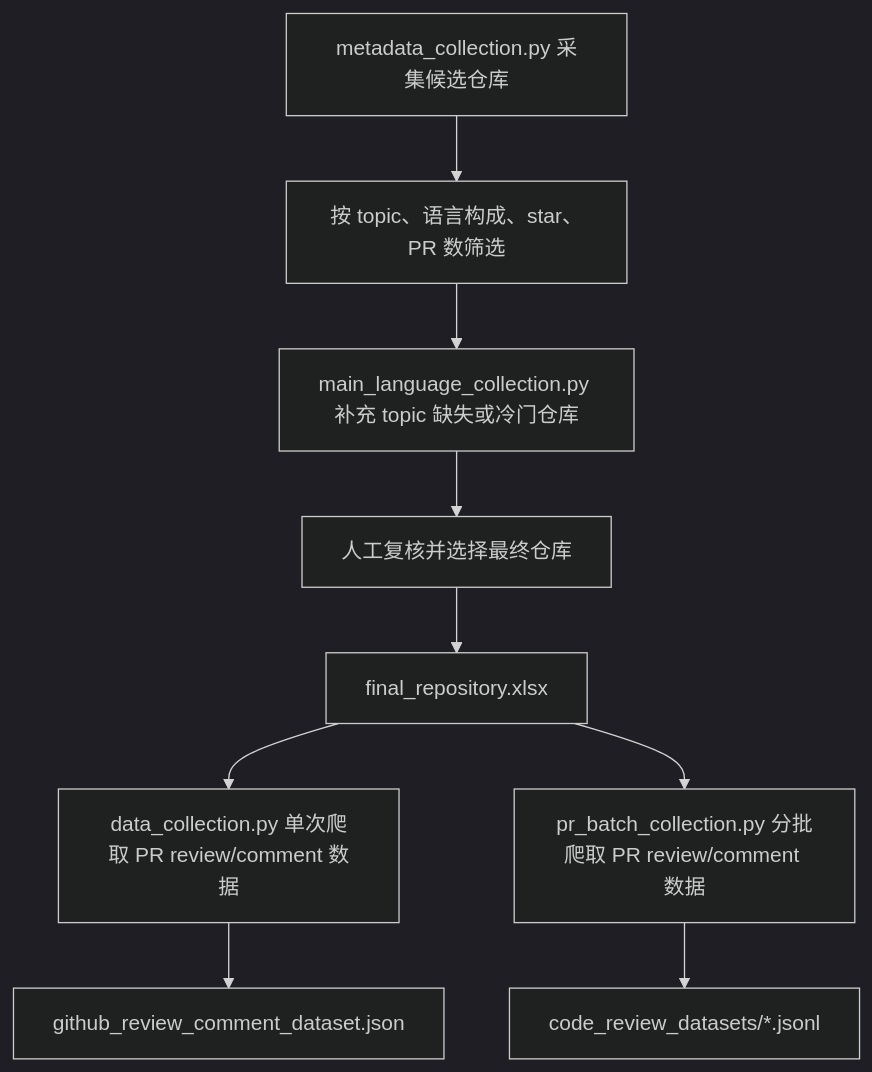
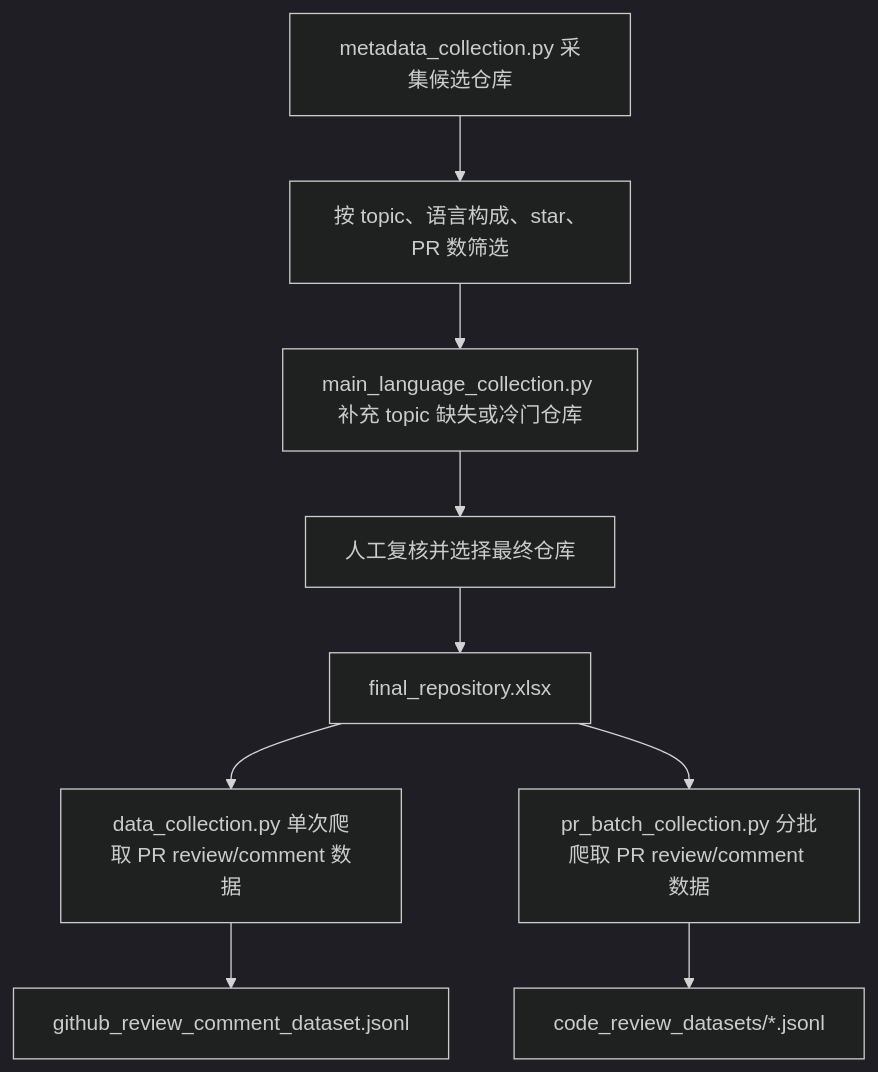
The diagram in README.md (Untamed624/EDA_code_review_automation), drawn with Mermaid (dark theme) before and after one commit. The commit also changed other lines of this file, not shown here.

````diff
--- a/README.md
+++ b/README.md
@@ -9,11 +9,11 @@
 ```mermaid
 flowchart TD
     A["metadata_collection.py 采集候选仓库"] --> B["按 topic、语言构成、star、PR 数筛选"]
     B --> C["main_language_collection.py 补充 topic 缺失或冷门仓库"]
     C --> D["人工复核并选择最终仓库"]
     D --> E["final_repository.xlsx"]
     E --> F["data_collection.py 单次爬取 PR review/comment 数据"]
     E --> H["pr_batch_collection.py 分批爬取 PR review/comment 数据"]
-    F --> G["github_review_comment_dataset.json"]
+    F --> G["github_review_comment_dataset.jsonl"]
     H --> I["code_review_datasets/*.jsonl"]
 ```
````
